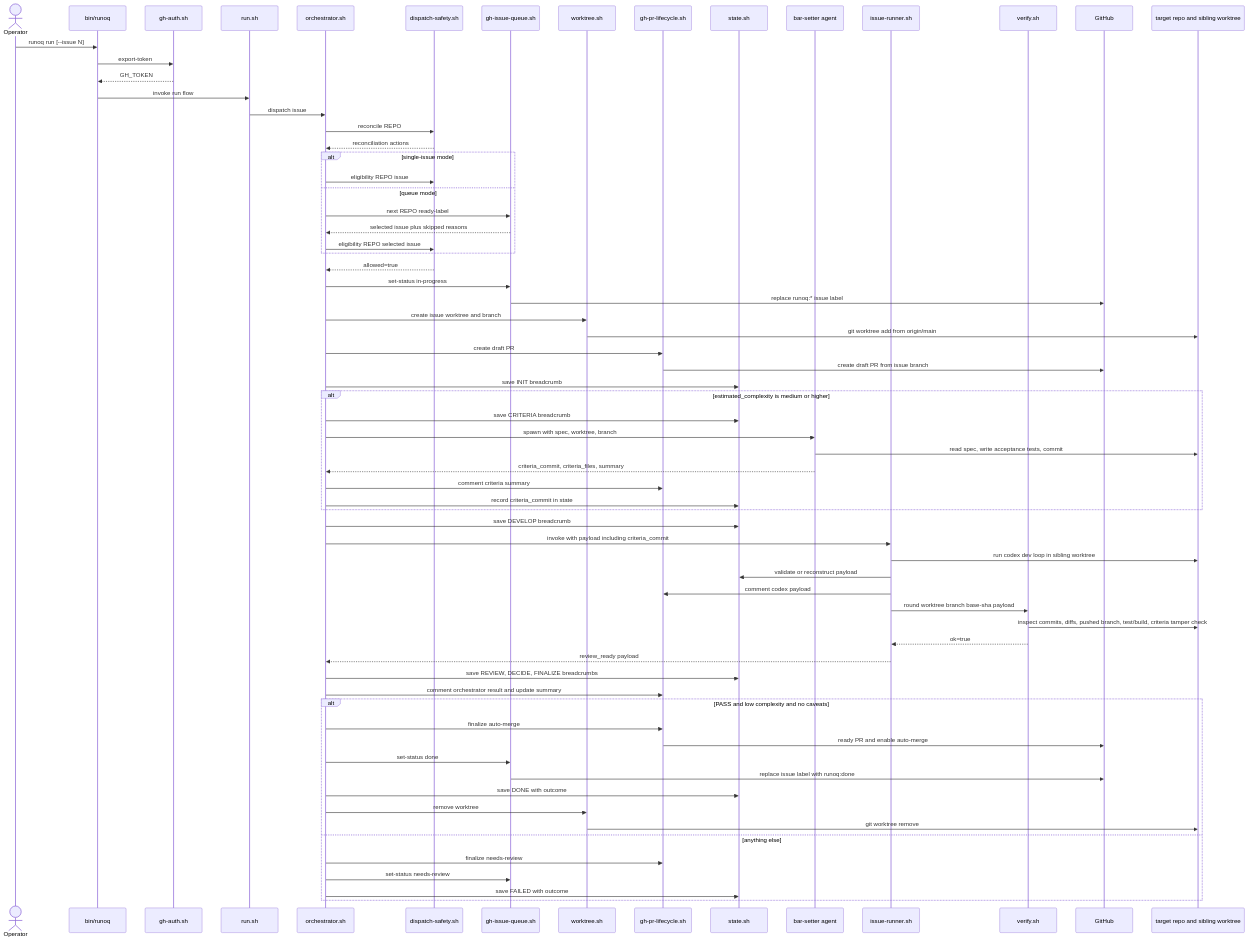
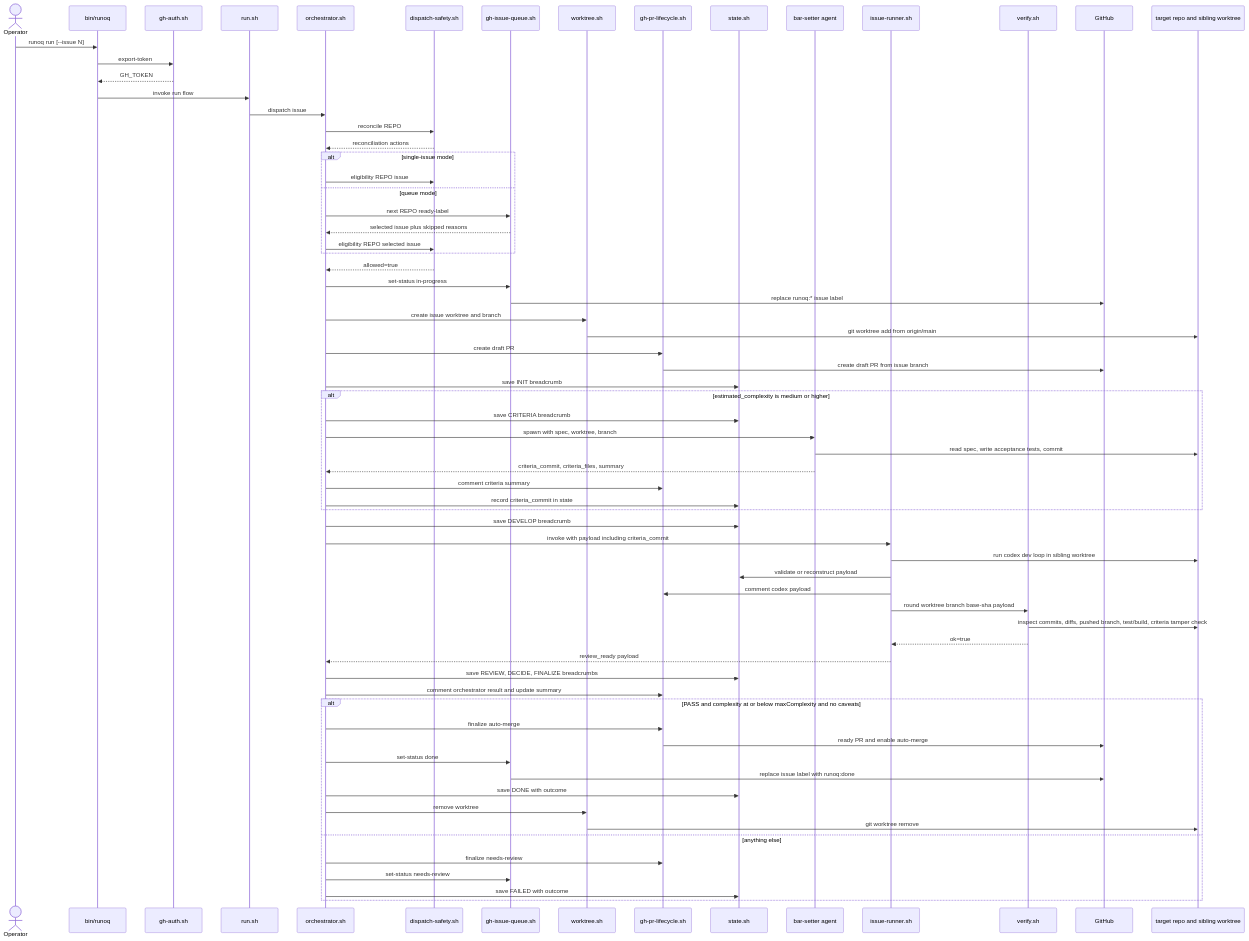
Before and after one commit to morhekil/runoq: the second of 8 diagrams in docs/architecture/flows.md, drawn with Mermaid. The commit also changed other lines of this file and 11 other files, not shown here.

````diff
--- a/docs/architecture/flows.md
+++ b/docs/architecture/flows.md
@@ -55,73 +59,73 @@
 ```mermaid
 sequenceDiagram
   actor Operator
   participant CLI as bin/runoq
   participant Auth as gh-auth.sh
   participant Run as run.sh
   participant Orch as orchestrator.sh
   participant Safety as dispatch-safety.sh
   participant Queue as gh-issue-queue.sh
   participant WT as worktree.sh
   participant PR as gh-pr-lifecycle.sh
   participant State as state.sh
   participant BarSet as bar-setter agent
   participant IssRun as issue-runner.sh
   participant Verify as verify.sh
   participant GH as GitHub
   participant FS as target repo and sibling worktree
 
   Operator->>CLI: runoq run [--issue N]
   CLI->>Auth: export-token
   Auth-->>CLI: GH_TOKEN
   CLI->>Run: invoke run flow
   Run->>Orch: dispatch issue
   Orch->>Safety: reconcile REPO
   Safety-->>Orch: reconciliation actions
   alt single-issue mode
     Orch->>Safety: eligibility REPO issue
   else queue mode
     Orch->>Queue: next REPO ready-label
     Queue-->>Orch: selected issue plus skipped reasons
     Orch->>Safety: eligibility REPO selected issue
   end
   Safety-->>Orch: allowed=true
   Orch->>Queue: set-status in-progress
   Queue->>GH: replace runoq:* issue label
   Orch->>WT: create issue worktree and branch
   WT->>FS: git worktree add from origin/main
   Orch->>PR: create draft PR
   PR->>GH: create draft PR from issue branch
   Orch->>State: save INIT breadcrumb
   alt estimated_complexity is medium or higher
     Orch->>State: save CRITERIA breadcrumb
     Orch->>BarSet: spawn with spec, worktree, branch
     BarSet->>FS: read spec, write acceptance tests, commit
     BarSet-->>Orch: criteria_commit, criteria_files, summary
     Orch->>PR: comment criteria summary
     Orch->>State: record criteria_commit in state
   end
   Orch->>State: save DEVELOP breadcrumb
   Orch->>IssRun: invoke with payload including criteria_commit
   IssRun->>FS: run codex dev loop in sibling worktree
   IssRun->>State: validate or reconstruct payload
   IssRun->>PR: comment codex payload
   IssRun->>Verify: round worktree branch base-sha payload
   Verify->>FS: inspect commits, diffs, pushed branch, test/build, criteria tamper check
   Verify-->>IssRun: ok=true
   IssRun-->>Orch: review_ready payload
   Orch->>State: save REVIEW, DECIDE, FINALIZE breadcrumbs
   Orch->>PR: comment orchestrator result and update summary
-  alt PASS and low complexity and no caveats
+  alt PASS and complexity at or below maxComplexity and no caveats
     Orch->>PR: finalize auto-merge
     PR->>GH: ready PR and enable auto-merge
     Orch->>Queue: set-status done
     Queue->>GH: replace issue label with runoq:done
     Orch->>State: save DONE with outcome
     Orch->>WT: remove worktree
     WT->>FS: git worktree remove
   else anything else
     Orch->>PR: finalize needs-review
     Orch->>Queue: set-status needs-review
     Orch->>State: save FAILED with outcome
   end
 ```
````
